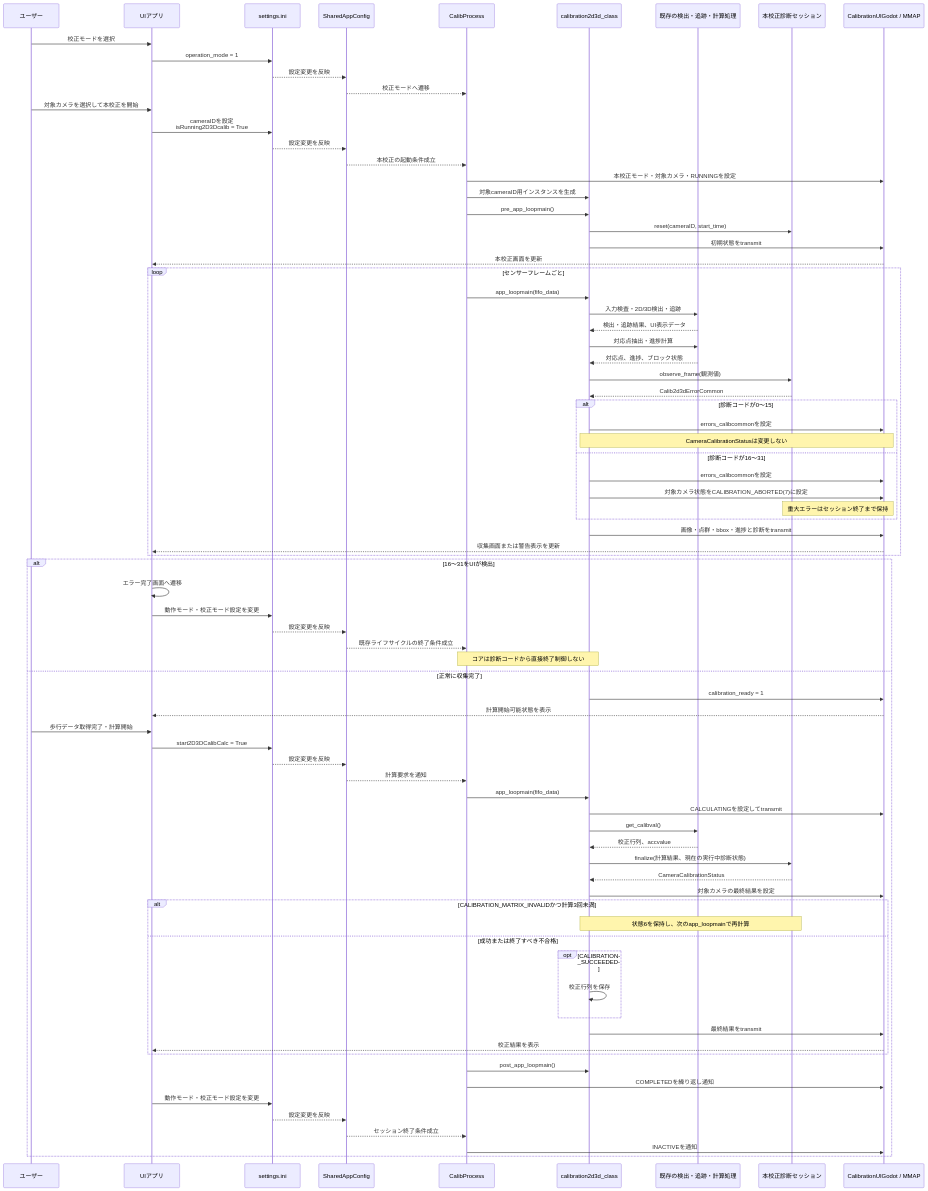
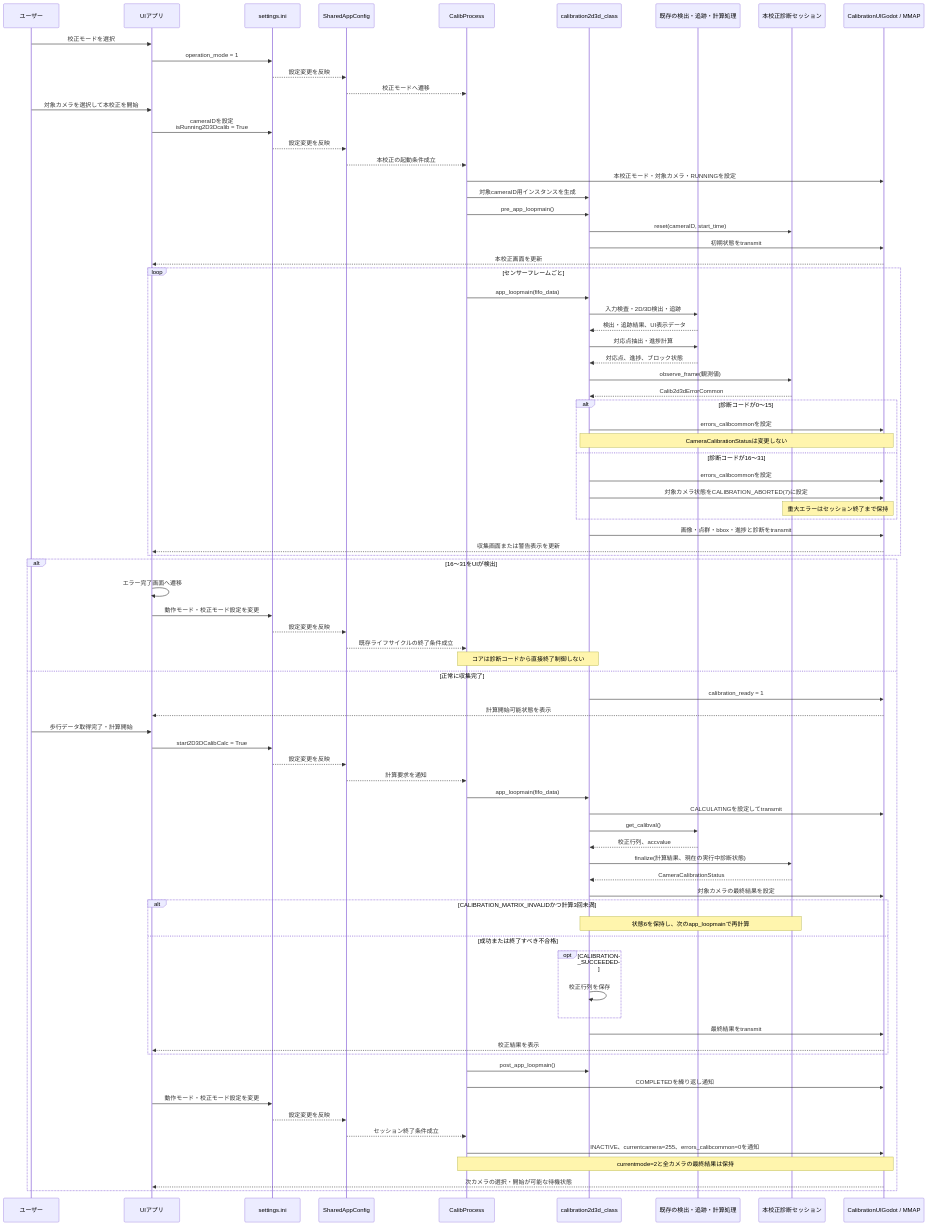
The second of 3 diagrams in docs/calibration2d3d_diagnosis_design.md (torchs52/local_calib), drawn with Mermaid before and after one commit. The commit also changed other lines of this file, not shown here.

````diff
--- a/docs/calibration2d3d_diagnosis_design.md
+++ b/docs/calibration2d3d_diagnosis_design.md
@@ -166,6 +166,8 @@
         UI->>INI: 動作モード・校正モード設定を変更
         INI-->>SAC: 設定変更を反映
         SAC-->>CP: セッション終了条件成立
-        CP->>MMAP: INACTIVEを通知
+        CP->>MMAP: INACTIVE、currentcamera=255、errors_calibcommon=0を通知
+        Note over CP,MMAP: currentmode=2と全カメラの最終結果は保持
+        MMAP-->>UI: 次カメラの選択・開始が可能な待機状態
     end
 ```
````
